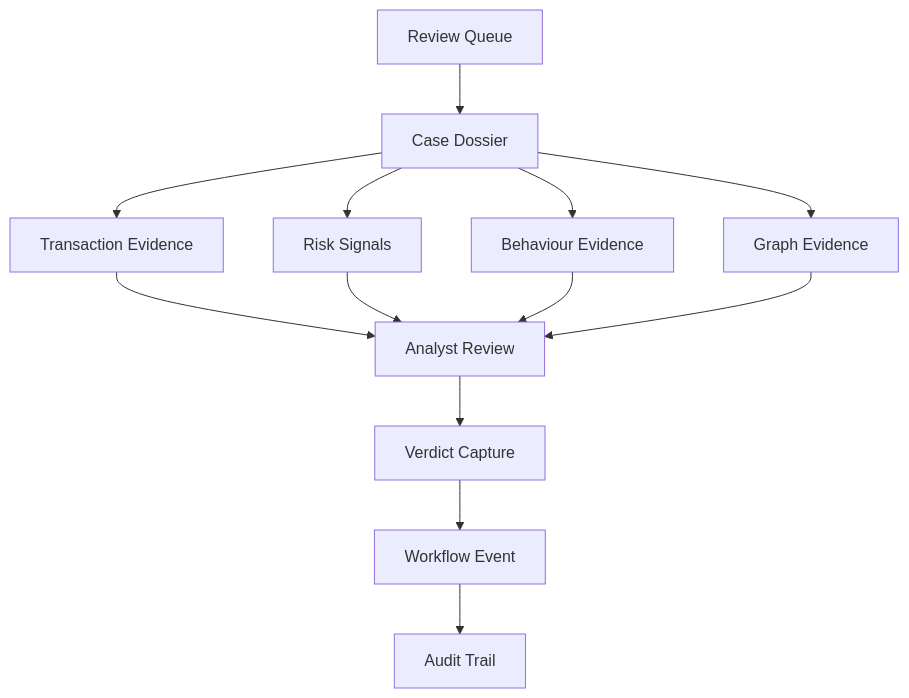
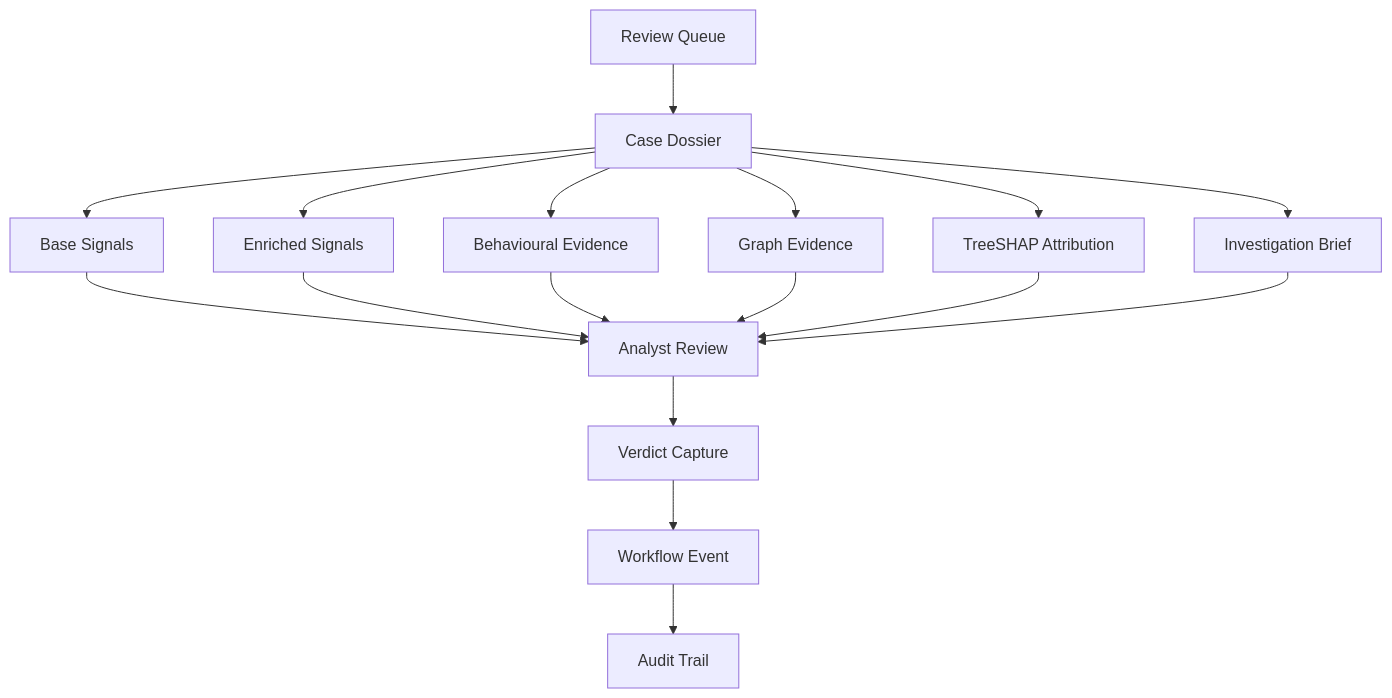
The third of 6 diagrams in README.md (IjazKakkodDS/transaction-fraud-intelligence-console), drawn with Mermaid before and after one commit. The commit also changed other lines of this file, not shown here.

Commit message:
Enhance README architecture and reviewer flow

````diff
--- a/README.md
+++ b/README.md
@@ -298,25 +337,31 @@
 ```mermaid
 graph TD
 A[Review Queue]
 B[Case Dossier]
-C[Transaction Evidence]
-D[Risk Signals]
-E[Behaviour Evidence]
+C[Base Signals]
+D[Enriched Signals]
+E[Behavioural Evidence]
 F[Graph Evidence]
-G[Analyst Review]
-H[Verdict Capture]
-I[Workflow Event]
-J[Audit Trail]
+G[TreeSHAP Attribution]
+H[Investigation Brief]
+I[Analyst Review]
+J[Verdict Capture]
+K[Workflow Event]
+L[Audit Trail]
 A --> B
 B --> C
 B --> D
 B --> E
 B --> F
-C --> G
-D --> G
-E --> G
-F --> G
-G --> H
+B --> G
+B --> H
+C --> I
+D --> I
+E --> I
+F --> I
+G --> I
 H --> I
 I --> J
+J --> K
+K --> L
 ```
````
